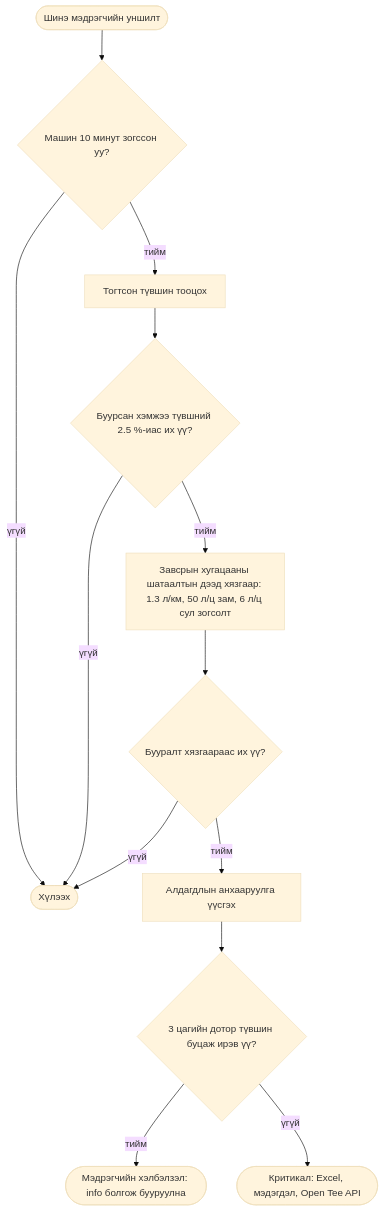
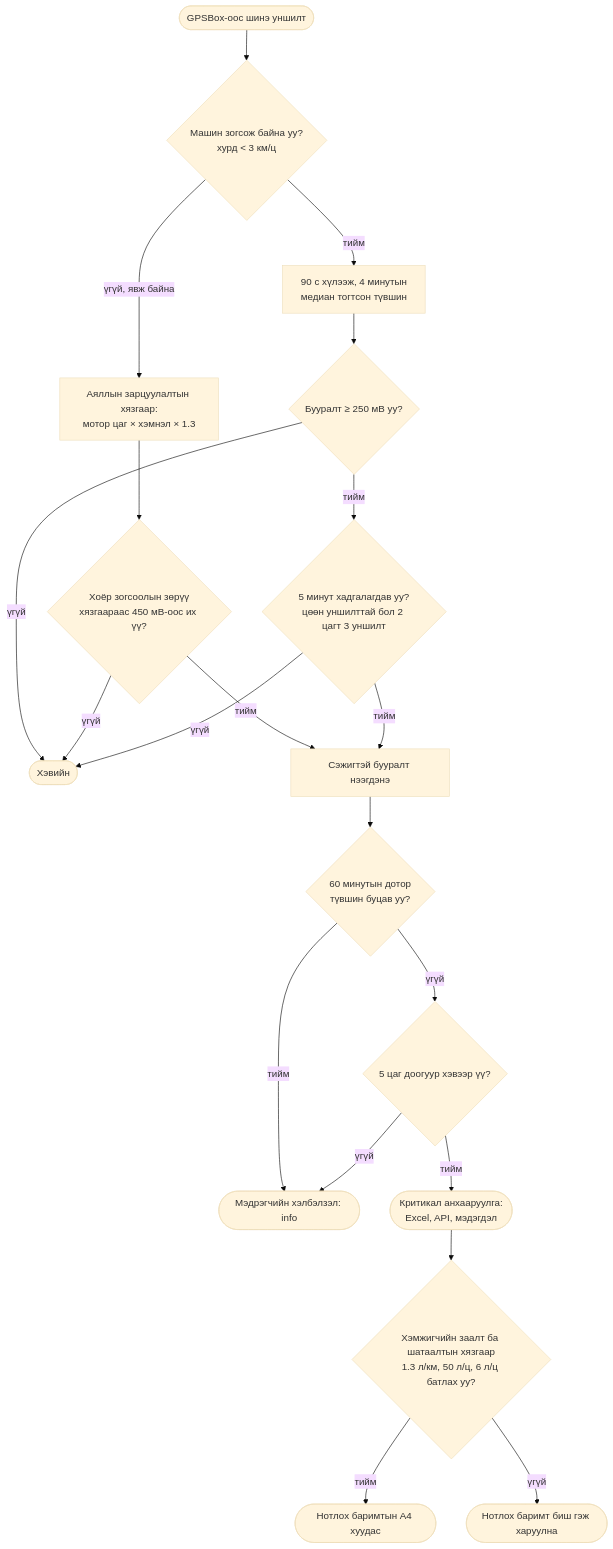
The diagram in thesis/diagrams/activity_fuel_detection.mmd (Asmodify/Open-Teever-Diploma), drawn with Mermaid (base theme) before and after one commit. The commit also changed 52 other files, not shown here.

```diff
--- a/thesis/diagrams/activity_fuel_detection.mmd
+++ b/thesis/diagrams/activity_fuel_detection.mmd
@@ -1,14 +1,21 @@
-%% D10 Activity: fuel-drain detection in the warner (chapter 3)  thresholds from README.md and src/detector.js
+%% D10 Activity: fuel-drain detection (chapter 3). Constants from src/detector.js, src/engine.js, src/meter.js.
 flowchart TD
-  A([Шинэ мэдрэгчийн уншилт]) --> B{Машин 10 минут зогссон уу?}
-  B -- үгүй --> Z([Хүлээх])
-  B -- тийм --> C[Тогтсон түвшин тооцох]
-  C --> D{Буурсан хэмжээ түвшний 2.5 %-иас их үү?}
-  D -- үгүй --> Z
-  D -- тийм --> E[Завсрын хугацааны шатаалтын дээд хязгаар: 1.3 л/км, 50 л/ц зам, 6 л/ц сул зогсолт]
-  E --> F{Бууралт хязгаараас их үү?}
-  F -- үгүй --> Z
-  F -- тийм --> G[Алдагдлын анхааруулга үүсгэх]
-  G --> H{3 цагийн дотор түвшин буцаж ирэв үү?}
-  H -- тийм --> I([Мэдрэгчийн хэлбэлзэл: info болгож бууруулна])
-  H -- үгүй --> J([Критикал: Excel, мэдэгдэл, Open Tee API])
+  A([GPSBox-оос шинэ уншилт]) --> B{Машин зогсож байна уу?<br/>хурд < 3 км/ц}
+  B -- үгүй, явж байна --> T[Аяллын зарцуулалтын хязгаар:<br/>мотор цаг × хэмнэл × 1.3]
+  B -- тийм --> C[90 с хүлээж, 4 минутын<br/>медиан тогтсон түвшин]
+  C --> D{Бууралт ≥ 250 мВ уу?}
+  T --> D2{Хоёр зогсоолын зөрүү<br/>хязгаараас 450 мВ-оос их үү?}
+  D -- үгүй --> Z([Хэвийн])
+  D2 -- үгүй --> Z
+  D -- тийм --> E{5 минут хадгалагдав уу?<br/>цөөн уншилттай бол 2 цагт 3 уншилт}
+  D2 -- тийм --> F
+  E -- үгүй --> Z
+  E -- тийм --> F[Сэжигтэй бууралт нээгдэнэ]
+  F --> G{60 минутын дотор<br/>түвшин буцав уу?}
+  G -- тийм --> H([Мэдрэгчийн хэлбэлзэл: info])
+  G -- үгүй --> I{5 цаг доогуур хэвээр үү?}
+  I -- үгүй --> H
+  I -- тийм --> J([Критикал анхааруулга:<br/>Excel, API, мэдэгдэл])
+  J --> K{Хэмжигчийн заалт ба шатаалтын хязгаар<br/>1.3 л/км, 50 л/ц, 6 л/ц батлах уу?}
+  K -- тийм --> L([Нотлох баримтын A4 хуудас])
+  K -- үгүй --> M(["Нотлох баримт биш" гэж харуулна])
```
